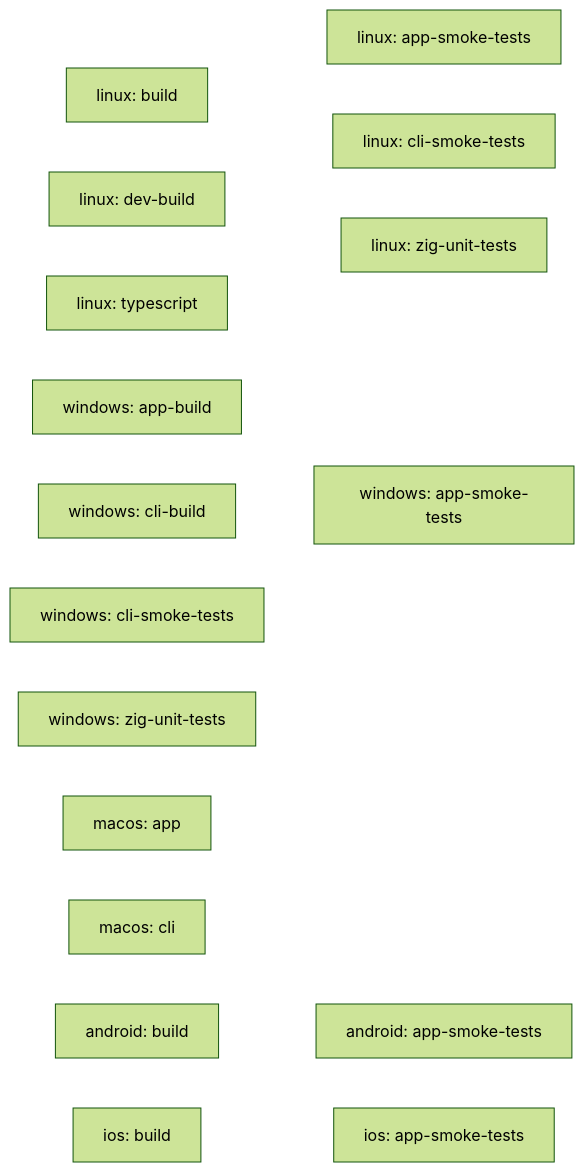
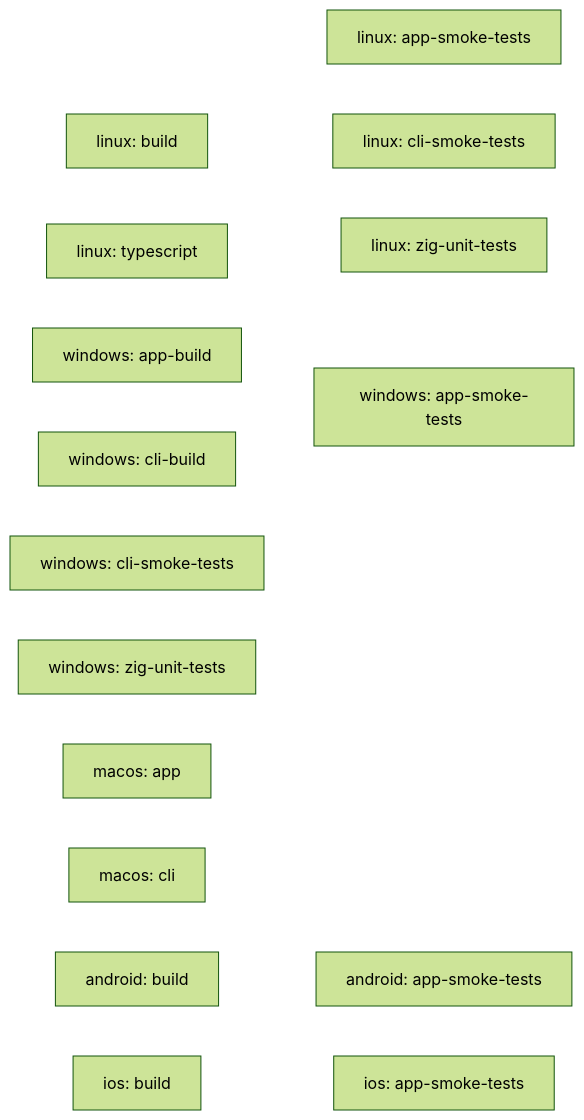
The first of 2 diagrams in docs/workflows.md (ashleydavis/photosphere), drawn with Mermaid (forest theme) before and after one commit. The commit also changed other lines of this file and 5 other files, not shown here.

````diff
--- a/docs/workflows.md
+++ b/docs/workflows.md
@@ -118,17 +118,16 @@
 ```mermaid
 flowchart LR
     linux-build["linux: build"] --> linux-app["linux: app-smoke-tests"]
     linux-build --> linux-cli["linux: cli-smoke-tests"]
     linux-build --> linux-zig["linux: zig-unit-tests"]
-    linux-dev["linux: dev-build"]
     linux-ts["linux: typescript"]
     win-app-build["windows: app-build"] --> win-app["windows: app-smoke-tests"]
     win-cli-build["windows: cli-build"] --> win-app
     win-cli["windows: cli-smoke-tests"]
     win-zig["windows: zig-unit-tests"]
     mac-app["macos: app"]
     mac-cli["macos: cli"]
     android-build["android: build"] --> android-app["android: app-smoke-tests"]
     ios-build["ios: build"] --> ios-app["ios: app-smoke-tests"]
     linkStyle default stroke:#ffffff,stroke-width:2px
 ```
````
